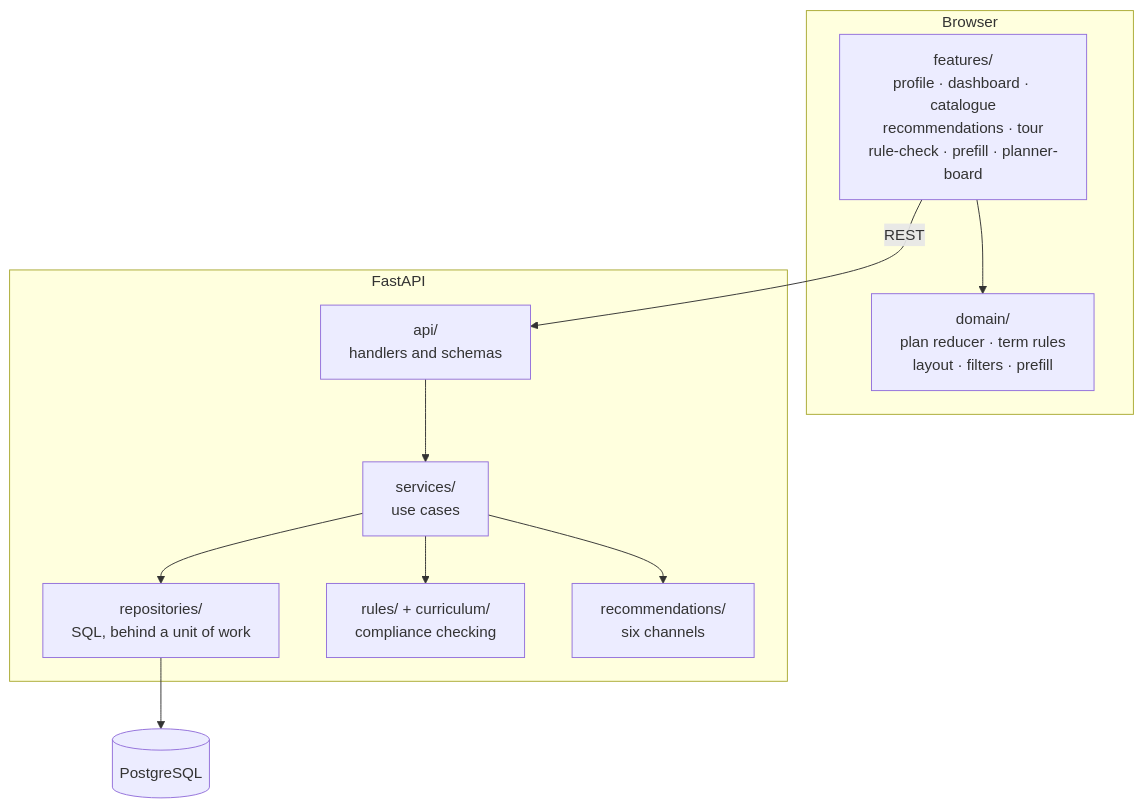
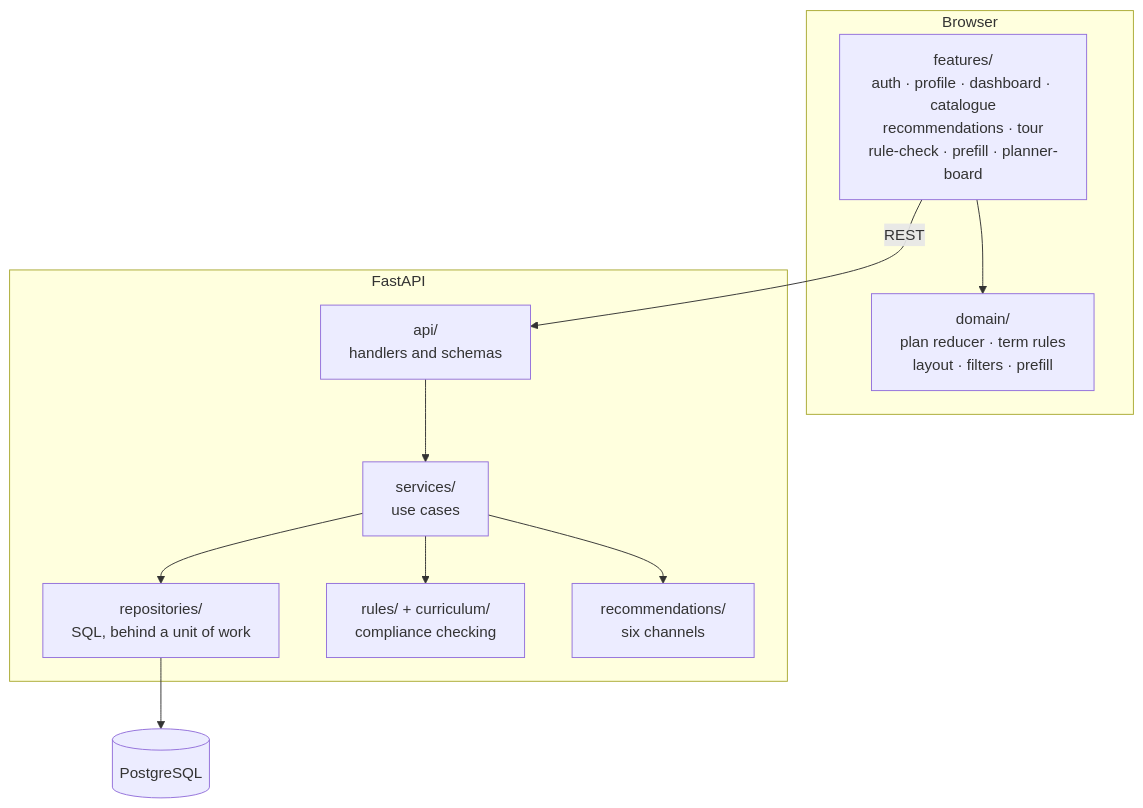
Before and after one commit to morischumacher/hypridplanner: the diagram in docs/architecture.md, drawn with Mermaid. The commit also changed other lines of this file, not shown here.

````diff
--- a/docs/architecture.md
+++ b/docs/architecture.md
@@ -5,25 +5,25 @@
 ```mermaid
 flowchart TB
     subgraph browser["Browser"]
-        features["features/<br/>profile · dashboard · catalogue<br/>recommendations · tour<br/>rule-check · prefill · planner-board"]
+        features["features/<br/>auth · profile · dashboard · catalogue<br/>recommendations · tour<br/>rule-check · prefill · planner-board"]
         domain["domain/<br/>plan reducer · term rules<br/>layout · filters · prefill"]
         features --> domain
     end
 
     subgraph api["FastAPI"]
         handlers["api/<br/>handlers and schemas"]
         services["services/<br/>use cases"]
         repos["repositories/<br/>SQL, behind a unit of work"]
         rules["rules/ + curriculum/<br/>compliance checking"]
         recs["recommendations/<br/>six channels"]
         handlers --> services
         services --> repos
         services --> rules
         services --> recs
     end
 
     db[("PostgreSQL")]
 
     features -- "REST" --> handlers
     repos --> db
 ```
````
